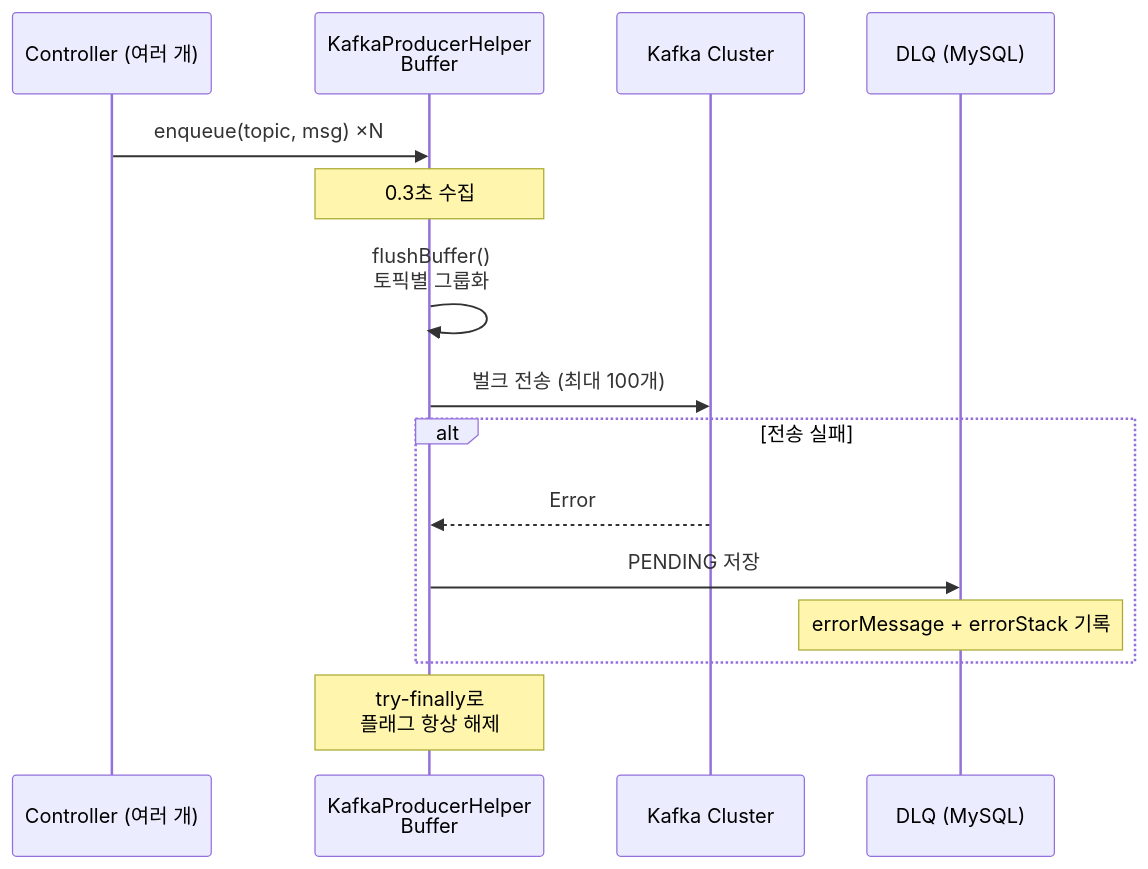
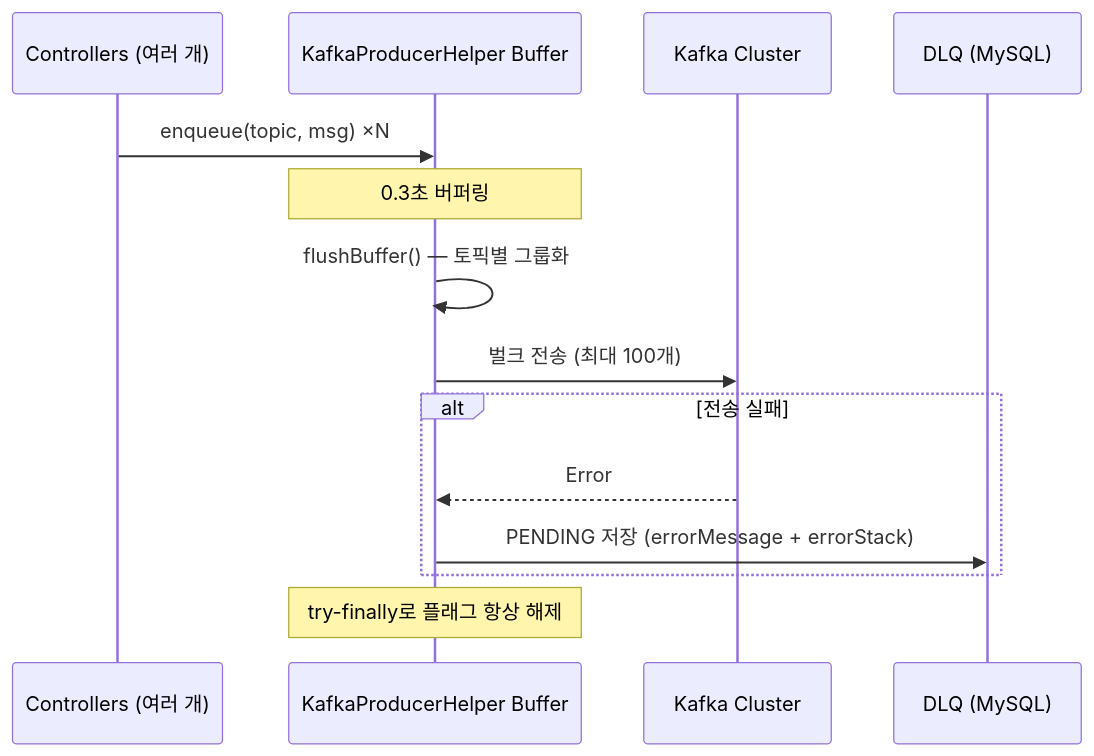
Before and after one commit to 1985jwlee/production-iot-backend: the second of 9 diagrams in README.md, drawn with Mermaid. The commit also changed other lines of this file, not shown here.

````diff
--- a/README.md
+++ b/README.md
@@ -112,20 +90,17 @@
 ```mermaid
 sequenceDiagram
-    participant C as Controller (여러 개)
-    participant B as KafkaProducerHelper<br/>Buffer
+    participant C as Controllers (여러 개)
+    participant B as KafkaProducerHelper Buffer
     participant K as Kafka Cluster
     participant DLQ as DLQ (MySQL)
 
     C->>B: enqueue(topic, msg) ×N
-    Note over B: 0.3초 수집
-    B->>B: flushBuffer()<br/>토픽별 그룹화
+    Note over B: 0.3초 버퍼링
+    B->>B: flushBuffer() — 토픽별 그룹화
     B->>K: 벌크 전송 (최대 100개)
-
     alt 전송 실패
         K-->>B: Error
-        B->>DLQ: PENDING 저장
-        Note over DLQ: errorMessage + errorStack 기록
+        B->>DLQ: PENDING 저장 (errorMessage + errorStack)
     end
-
-    Note over B: try-finally로<br/>플래그 항상 해제
+    Note over B: try-finally로 플래그 항상 해제
 ```
````
